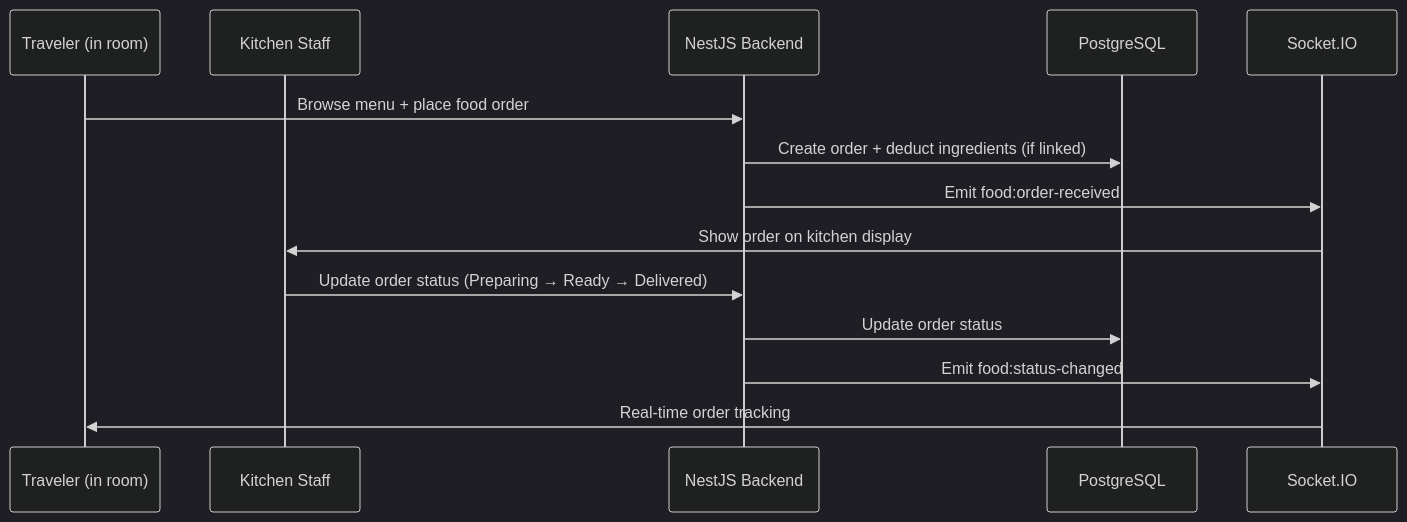
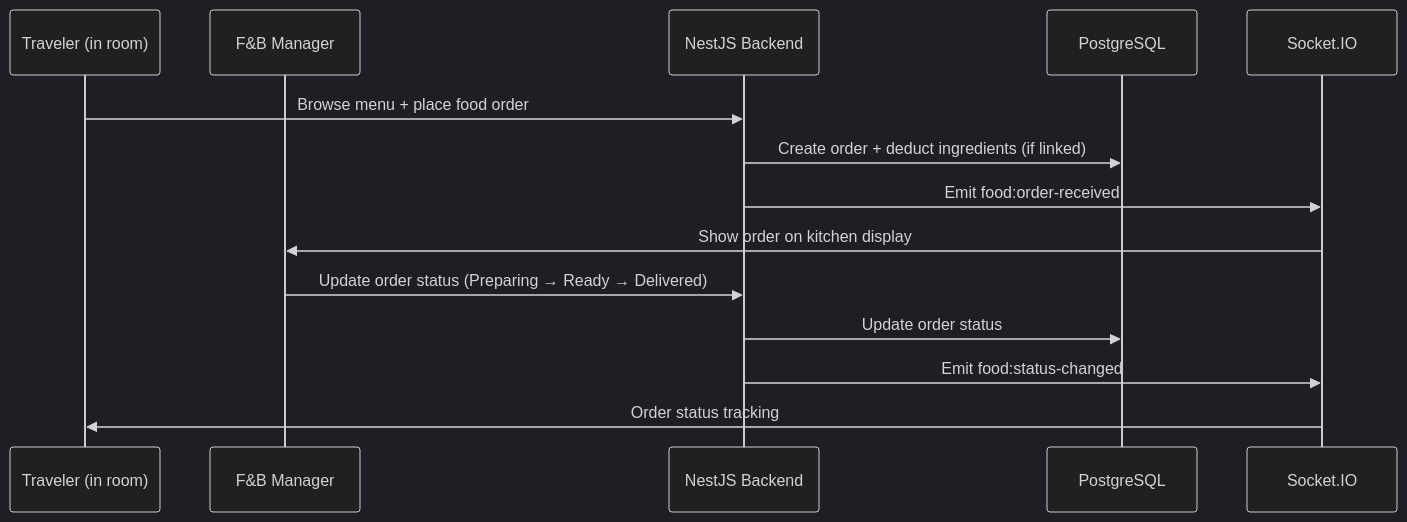
The diagram in F&B-Mgt.md (Dominion77/lodgify), drawn with Mermaid (dark theme) before and after one commit. The commit also changed 1 other file, not shown here.

Commit message:
2 small changes

````diff
--- a/F&B-Mgt.md
+++ b/F&B-Mgt.md
@@ -1,18 +1,18 @@
 ```mermaid
 sequenceDiagram
     participant Traveler as Traveler (in room)
-    participant Kitchen as Kitchen Staff
+    participant Kitchen as F&B Manager
     participant BE as NestJS Backend
     participant DB as PostgreSQL
     participant WS as Socket.IO
 
     Traveler->>BE: Browse menu + place food order
     BE->>DB: Create order + deduct ingredients (if linked)
     BE->>WS: Emit food:order-received
     WS->>Kitchen: Show order on kitchen display
 
     Kitchen->>BE: Update order status (Preparing → Ready → Delivered)
     BE->>DB: Update order status
     BE->>WS: Emit food:status-changed
-    WS->>Traveler: Real-time order tracking
+    WS->>Traveler: Order status tracking
 ```
````
